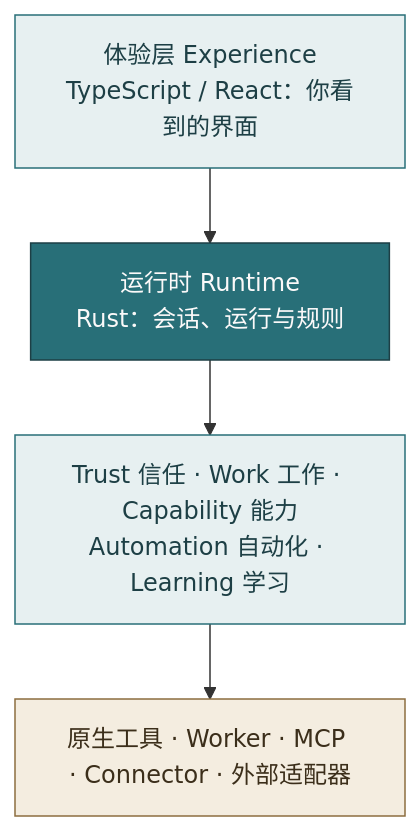
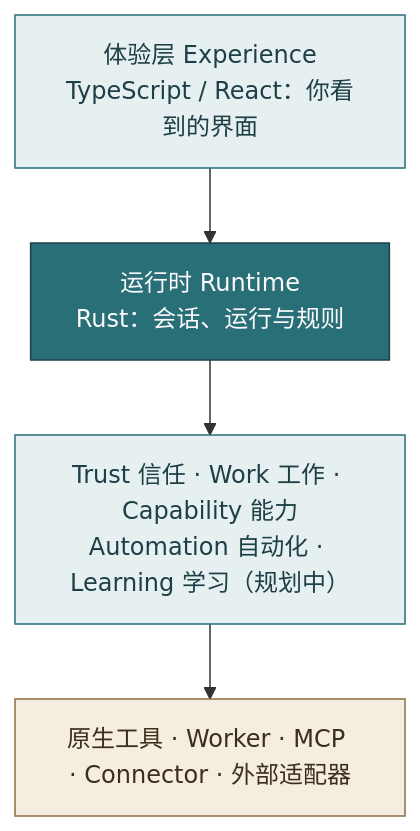
The second of 3 diagrams in README.md (fongap-labs/delta), drawn with Mermaid before and after one commit. The commit also changed other lines of this file and 55 other files, not shown here.

````diff
--- a/README.md
+++ b/README.md
@@ -153,12 +153,12 @@
 ```mermaid
 flowchart TB
     UI["体验层 Experience<br/>TypeScript / React：你看到的界面"] --> RT["运行时 Runtime<br/>Rust：会话、运行与规则"]
-    RT --> MOD["Trust 信任 · Work 工作 · Capability 能力<br/>Automation 自动化 · Learning 学习"]
+    RT --> MOD["Trust 信任 · Work 工作 · Capability 能力<br/>Automation 自动化 · Learning 学习（规划中）"]
     MOD --> SRC["原生工具 · Worker · MCP · Connector · 外部适配器"]
     classDef brand fill:#286F78,stroke:#1D3F45,color:#FBF9F9
     classDef soft fill:#E7F0F1,stroke:#286F78,color:#1D3F45
     classDef warm fill:#F4EDE0,stroke:#8C6D3F,color:#3B2E1A
     class RT brand
     class UI,MOD soft
     class SRC warm
 ```
````
